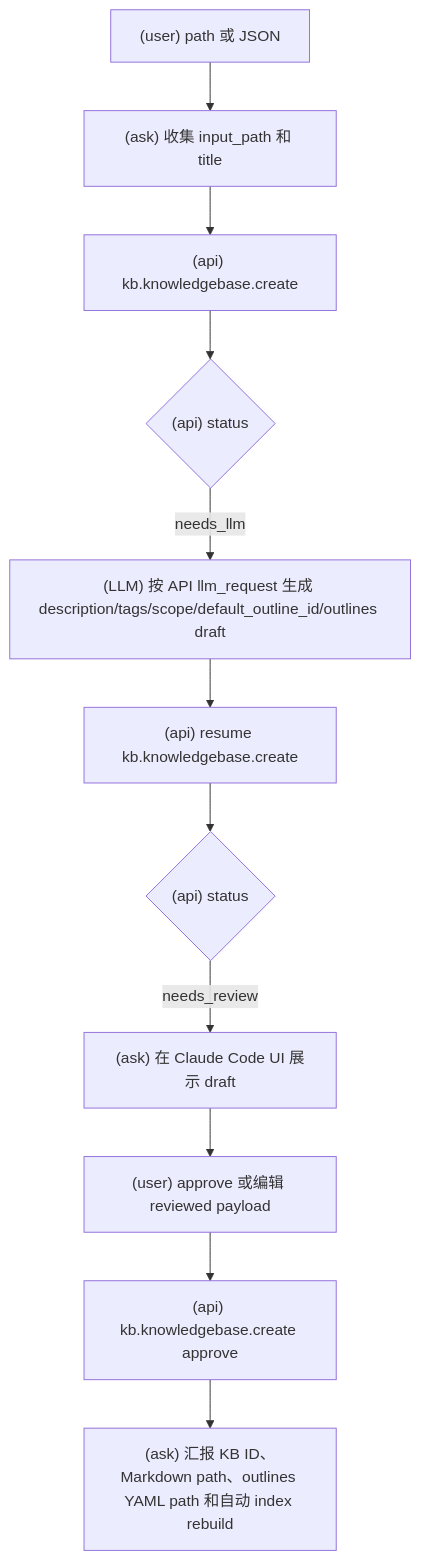
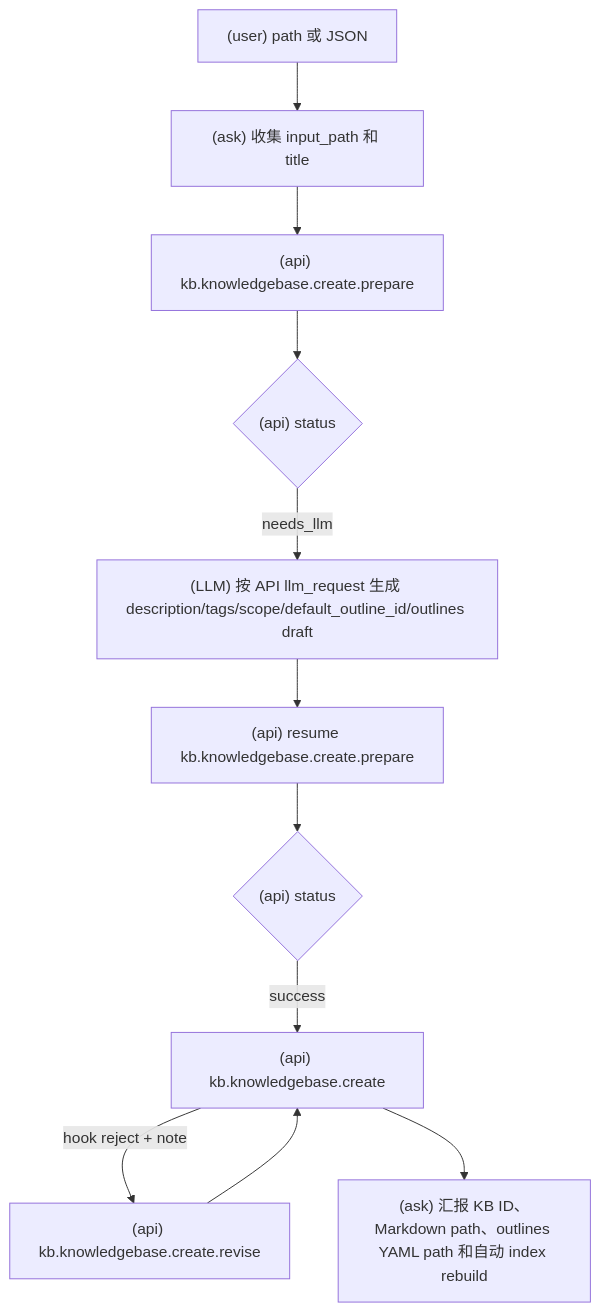
One commit to srangerme/KBManager changed the first of 6 diagrams in skills/kbm-kb/SKILL.md. Above: the diagram before and after it, drawn with Mermaid. The commit also changed other lines of this file and 48 other files, not shown here.

````diff
--- a/skills/kbm-kb/SKILL.md
+++ b/skills/kbm-kb/SKILL.md
@@ -28,13 +30,13 @@
 ```mermaid
 flowchart TD
   A["(user) path 或 JSON"] --> B["(ask) 收集 input_path 和 title"]
-  B --> C["(api) kb.knowledgebase.create"]
+  B --> C["(api) kb.knowledgebase.create.prepare"]
   C --> D{"(api) status"}
   D -- needs_llm --> E["(LLM) 按 API llm_request 生成 description/tags/scope/default_outline_id/outlines draft"]
-  E --> F["(api) resume kb.knowledgebase.create"]
+  E --> F["(api) resume kb.knowledgebase.create.prepare"]
   F --> G{"(api) status"}
-  G -- needs_review --> H["(ask) 在 Claude Code UI 展示 draft"]
-  H --> I["(user) approve 或编辑 reviewed payload"]
-  I --> J["(api) kb.knowledgebase.create approve"]
+  G -- success --> J["(api) kb.knowledgebase.create"]
+  J -- hook reject + note --> R["(api) kb.knowledgebase.create.revise"]
+  R --> J
   J --> K["(ask) 汇报 KB ID、Markdown path、outlines YAML path 和自动 index rebuild"]
 ```
````
